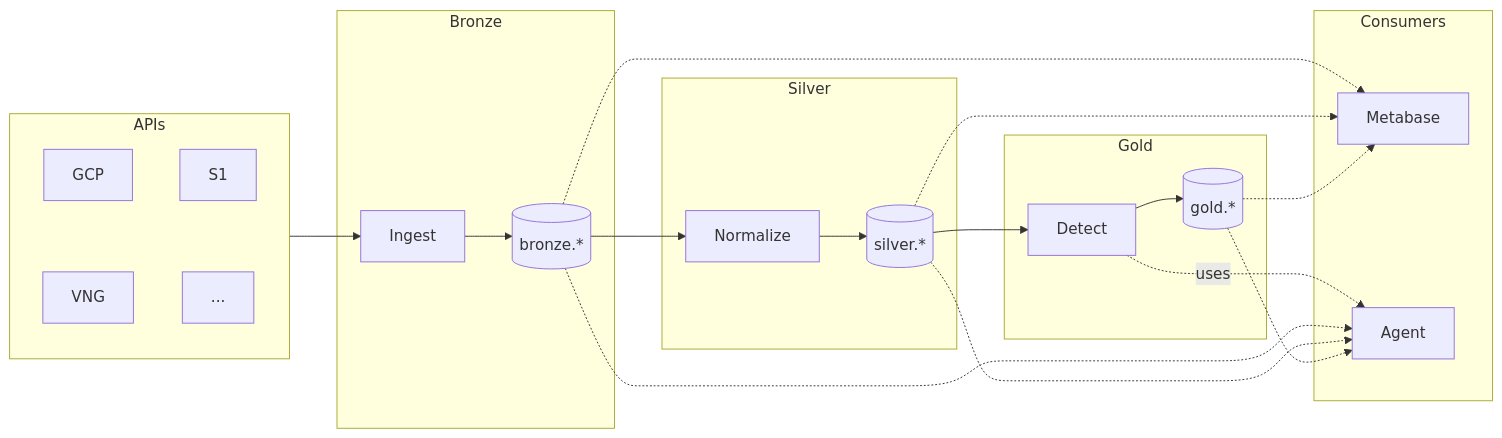
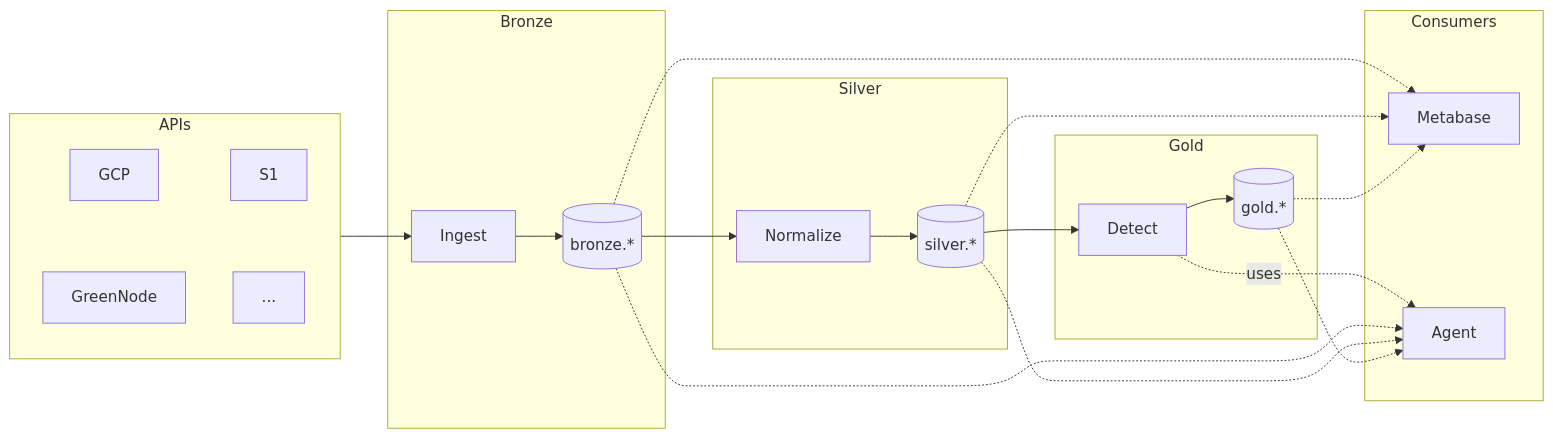
The second of 2 diagrams in docs/architecture/OVERVIEW.md (dannyota/hotpot), drawn with Mermaid before and after one commit. The commit also changed other lines of this file and 7 other files, not shown here.

First line of the commit message:
docs: rename VNG Cloud to GreenNode across all documentation

````diff
--- a/docs/architecture/OVERVIEW.md
+++ b/docs/architecture/OVERVIEW.md
@@ -135,35 +135,35 @@
 ```mermaid
 flowchart LR
     subgraph Sources["APIs"]
-        GCP[GCP] ~~~ VNG[VNG]
+        GCP[GCP] ~~~ GN[GreenNode]
         S1[S1] ~~~ OTHER[...]
     end
 
     subgraph Bronze["Bronze"]
         INGEST[Ingest]
         bronze[(bronze.*)]
     end
 
     subgraph Silver["Silver"]
         NORMALIZE[Normalize]
         silver[(silver.*)]
     end
 
     subgraph Gold["Gold"]
         DETECT[Detect]
         gold[(gold.*)]
     end
 
     subgraph Consumers["Consumers"]
         METABASE[Metabase]
         AGENT[Agent]
     end
 
     Sources --> INGEST --> bronze
     bronze --> NORMALIZE --> silver
     silver --> DETECT --> gold
     DETECT -.->|uses| AGENT
 
     bronze & silver & gold -.-> METABASE
     bronze & silver & gold -.-> AGENT
 ```
````
